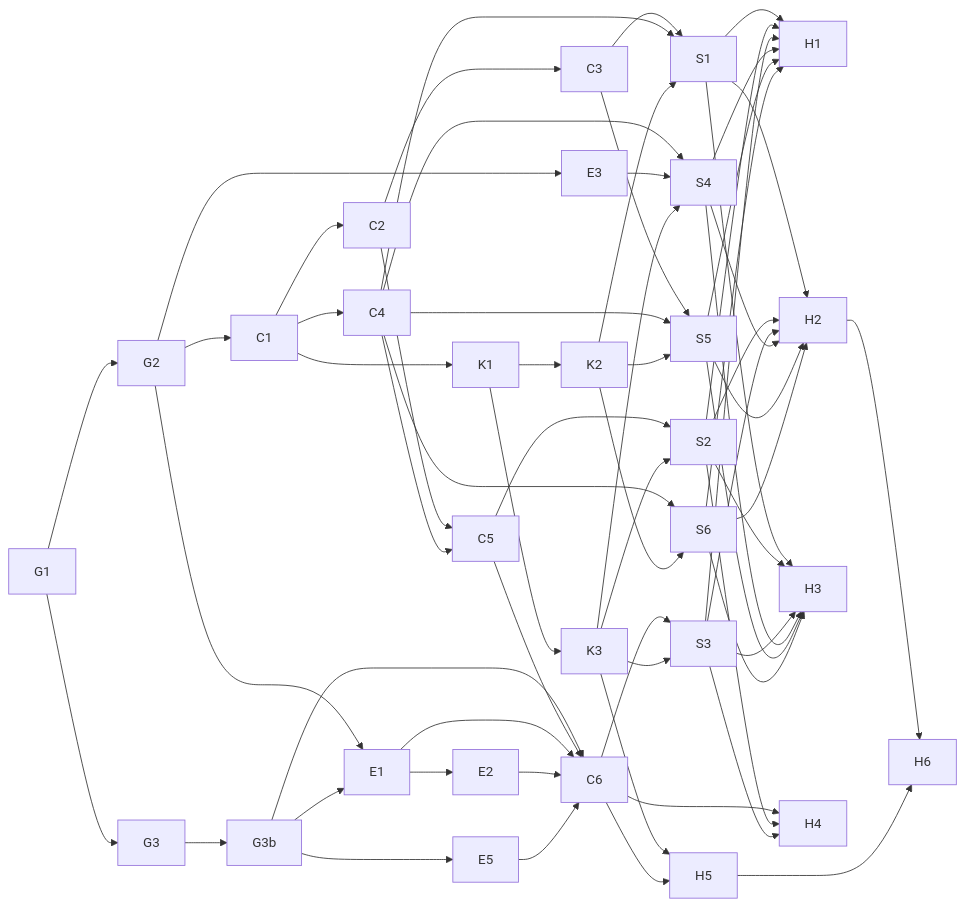
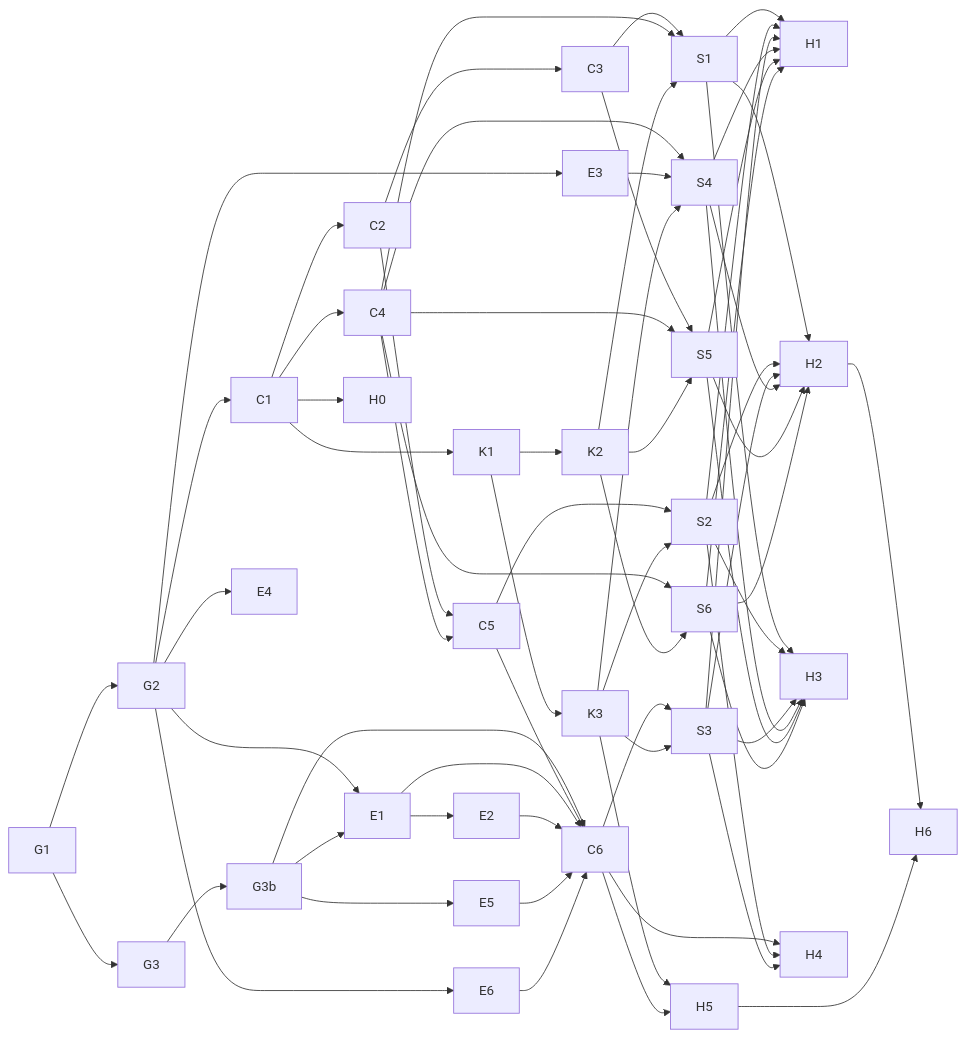
One commit to thisizmsk-png/vajra changed the diagram in docs/desktop/spec/tasks.md. Above: the diagram before and after it, drawn with Mermaid. The commit also changed other lines of this file and 3 other files, not shown here.

````diff
--- a/docs/desktop/spec/tasks.md
+++ b/docs/desktop/spec/tasks.md
@@ -99,21 +103,24 @@
 ```mermaid
 graph LR
   G1 --> G2 --> E3 & E1 & C1
   G1 --> G3 --> G3b --> E1 --> E2
   G3b --> C6
   C1 --> C2 & C4 & K1
   C2 --> C3
   C2 & C4 --> C5
   C5 & E1 & E2 & E5 --> C6
   G3b --> E5
+  G2 --> E4 & E6
+  E6 --> C6
+  C1 --> H0
   K1 --> K2 & K3
   C3 & C4 & K2 --> S1 & S5
   C4 & E3 & K3 --> S4
   C4 & K2 --> S6
   C5 & K3 --> S2
   C6 & K3 --> S3
   S1 & S2 & S3 & S4 & S5 & S6 --> H1 & H2 & H3
   C6 & S2 & S3 --> H4
   K3 & C6 --> H5
   H2 & H5 --> H6
 ```
````
